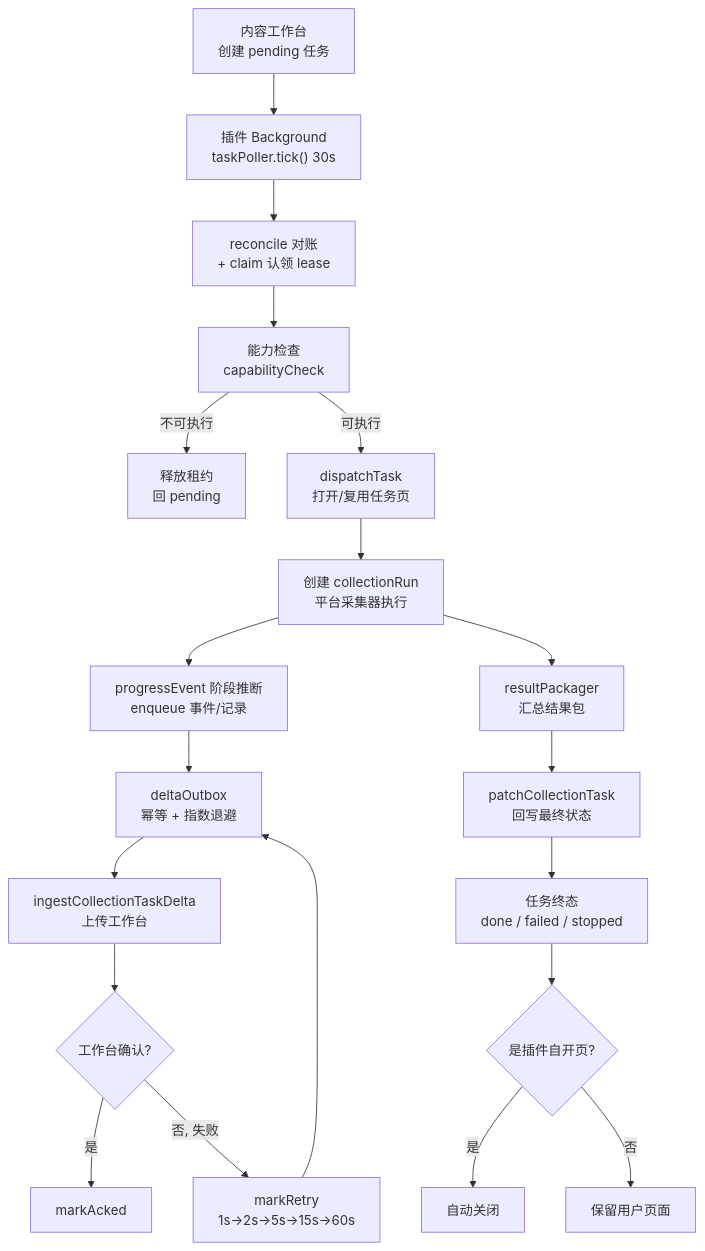
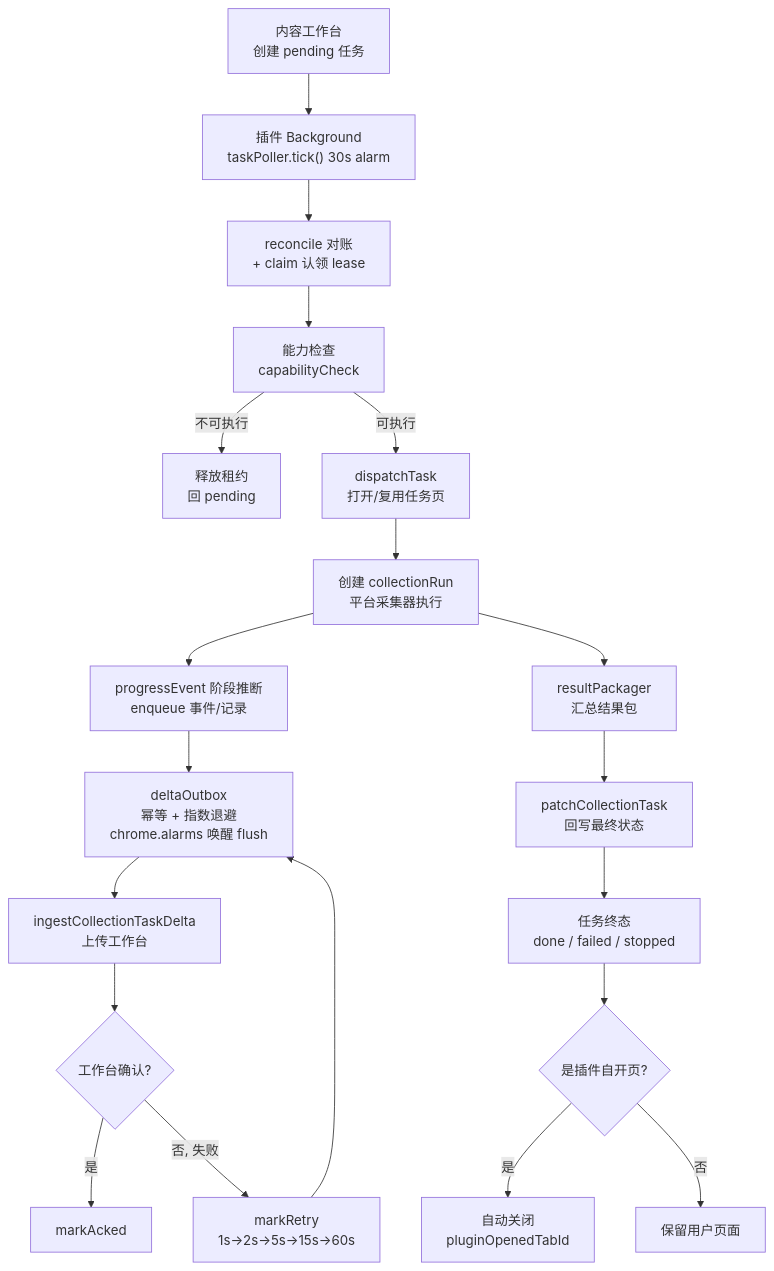
One commit to Himog0921/linggan-boom changed the second of 6 diagrams in docs/product/PRD.md. Above: the diagram before and after it, drawn with Mermaid. The commit also changed other lines of this file and 1 other file, not shown here.

````diff
--- a/docs/product/PRD.md
+++ b/docs/product/PRD.md
@@ -326,22 +409,22 @@
 ```mermaid
 flowchart TD
-    WB["内容工作台<br/>创建 pending 任务"] --> POLL["插件 Background<br/>taskPoller.tick() 30s"]
+    WB["内容工作台<br/>创建 pending 任务"] --> POLL["插件 Background<br/>taskPoller.tick() 30s alarm"]
     POLL --> RECON["reconcile 对账<br/>+ claim 认领 lease"]
     RECON --> CAP["能力检查<br/>capabilityCheck"]
     CAP -->|不可执行| REL["释放租约<br/>回 pending"]
     CAP -->|可执行| DISP["dispatchTask<br/>打开/复用任务页"]
     DISP --> RUN["创建 collectionRun<br/>平台采集器执行"]
     RUN --> EVT["progressEvent 阶段推断<br/>enqueue 事件/记录"]
-    EVT --> OUT["deltaOutbox<br/>幂等 + 指数退避"]
+    EVT --> OUT["deltaOutbox<br/>幂等 + 指数退避<br/>chrome.alarms 唤醒 flush"]
     OUT --> INGEST["ingestCollectionTaskDelta<br/>上传工作台"]
     INGEST --> ACK{"工作台确认?"}
     ACK -->|是| MARK["markAcked"]
     ACK -->|否, 失败| RETRY["markRetry<br/>1s→2s→5s→15s→60s"]
     RETRY --> OUT
     RUN --> PKG["resultPackager<br/>汇总结果包"]
     PKG --> PATCH["patchCollectionTask<br/>回写最终状态"]
     PATCH --> DONE["任务终态<br/>done / failed / stopped"]
     DONE --> CLOSE{"是插件自开页?"}
-    CLOSE -->|是| AUTOCLOSE["自动关闭"]
+    CLOSE -->|是| AUTOCLOSE["自动关闭<br/>pluginOpenedTabId"]
     CLOSE -->|否| KEEP["保留用户页面"]
 ```
````
